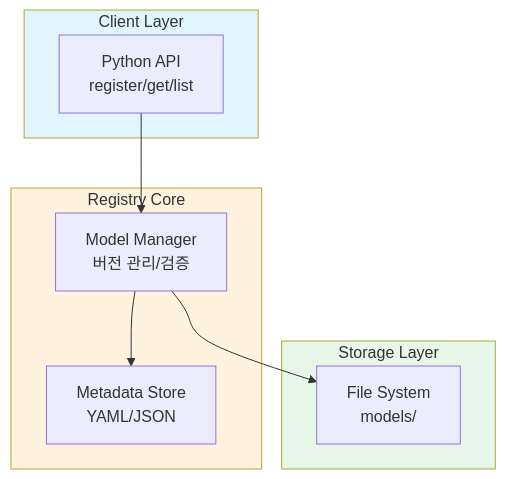
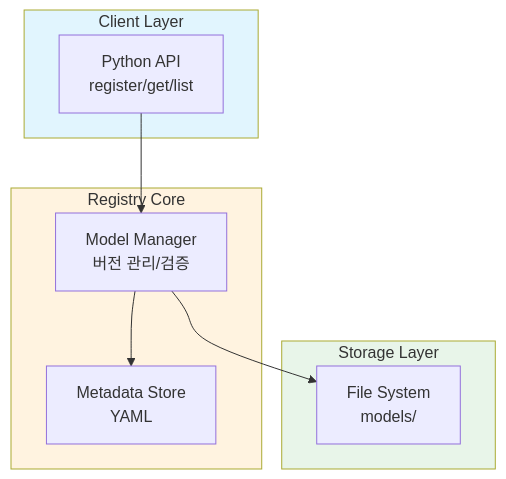
Before and after one commit to TiraaK/lightweight-model-registry: the first of 4 diagrams in airsmed_assignment/SYSTEM_DESIGN.md, drawn with Mermaid. The commit also changed other lines of this file and 6 other files, not shown here.

````diff
--- a/airsmed_assignment/SYSTEM_DESIGN.md
+++ b/airsmed_assignment/SYSTEM_DESIGN.md
@@ -11,23 +60,23 @@
 ```mermaid
 flowchart TB
     subgraph Client["Client Layer"]
         API[Python API<br/>register/get/list]
     end
-    
+
     subgraph Registry["Registry Core"]
         RM[Model Manager<br/>버전 관리/검증]
-        META[Metadata Store<br/>YAML/JSON]
+        META[Metadata Store<br/>YAML]
     end
-    
+
     subgraph Storage["Storage Layer"]
         FS[File System<br/>models/]
     end
-    
+
     API --> RM
     RM --> META
     RM --> FS
-    
+
     style Client fill:#e1f5fe
     style Registry fill:#fff3e0
     style Storage fill:#e8f5e9
 ```
````
